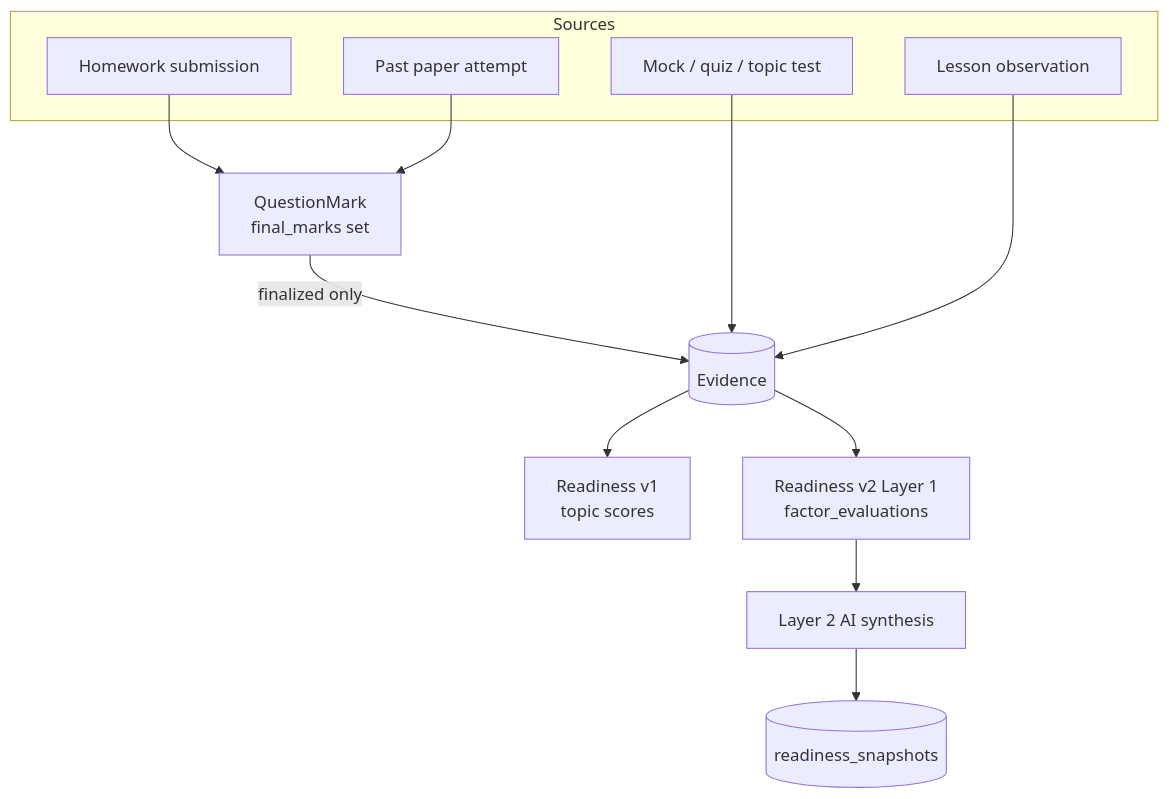
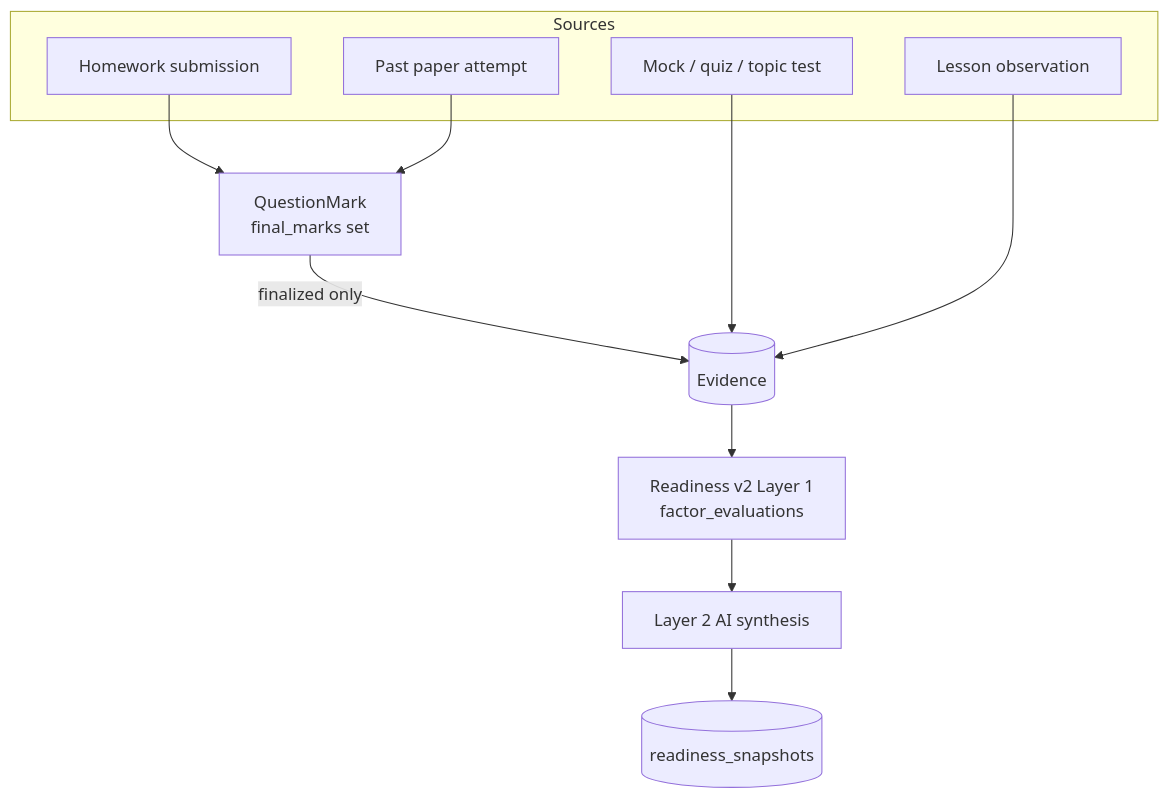
One commit to muslim216/IGCSE-OS-product-repositiry- changed the second of 2 diagrams in docs/volume-1-product-and-ux/01-product-architecture.md. Above: the diagram before and after it, drawn with Mermaid. The commit also changed other lines of this file and 23 other files, not shown here.

````diff
--- a/docs/volume-1-product-and-ux/01-product-architecture.md
+++ b/docs/volume-1-product-and-ux/01-product-architecture.md
@@ -178,18 +178,17 @@
 ```mermaid
 flowchart TD
   subgraph Sources
     HW[Homework submission]
     PP[Past paper attempt]
     MOCK[Mock / quiz / topic test]
     OBS[Lesson observation]
   end
   HW --> QM[QuestionMark<br/>final_marks set]
   PP --> QM
   QM -->|finalized only| EV[(Evidence)]
   MOCK --> EV
   OBS --> EV
-  EV --> R1[Readiness v1<br/>topic scores]
   EV --> R2[Readiness v2 Layer 1<br/>factor_evaluations]
   R2 --> AIS[Layer 2 AI synthesis]
   AIS --> SNAP[(readiness_snapshots)]
 ```
````
